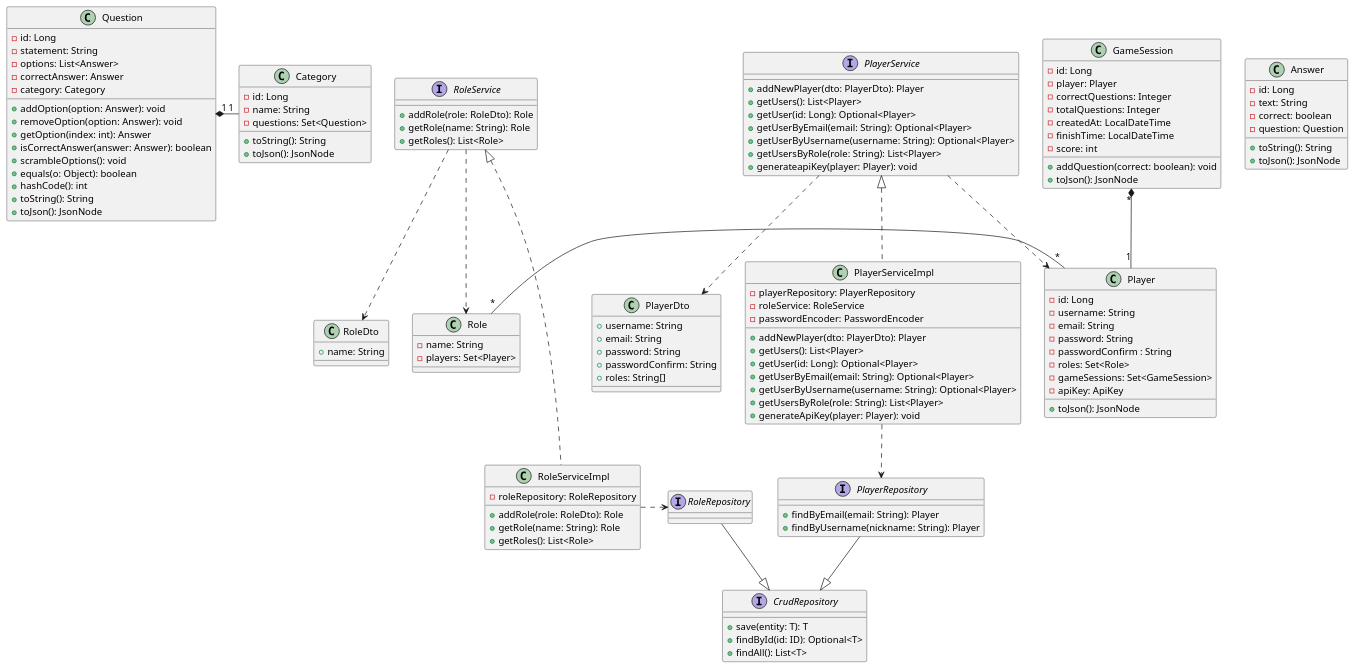
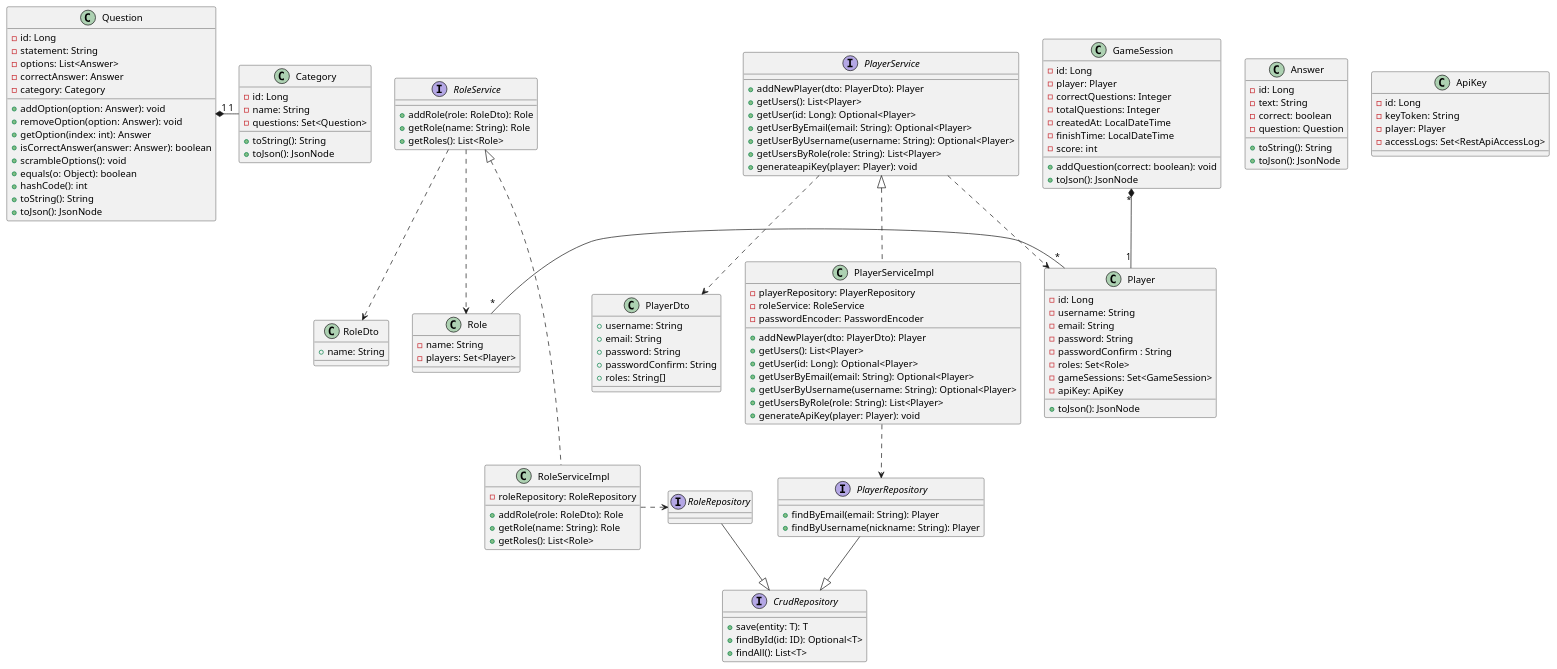
One commit to Arquisoft/wiq_es04b changed the first of 2 diagrams in docs/src/08_concepts.adoc. Above: the diagram before and after it, drawn with PlantUML.

Commit message:
ApiKey creado

```diff
--- a/docs/src/08_concepts.adoc
+++ b/docs/src/08_concepts.adoc
@@ -74,6 +74,13 @@
     - question: Question
     + toString(): String
     + toJson(): JsonNode
+}
+
+class ApiKey {
+    - id: Long
+    - keyToken: String
+    - player: Player
+    - accessLogs: Set<RestApiAccessLog>
 }
 
 interface PlayerService {
```
